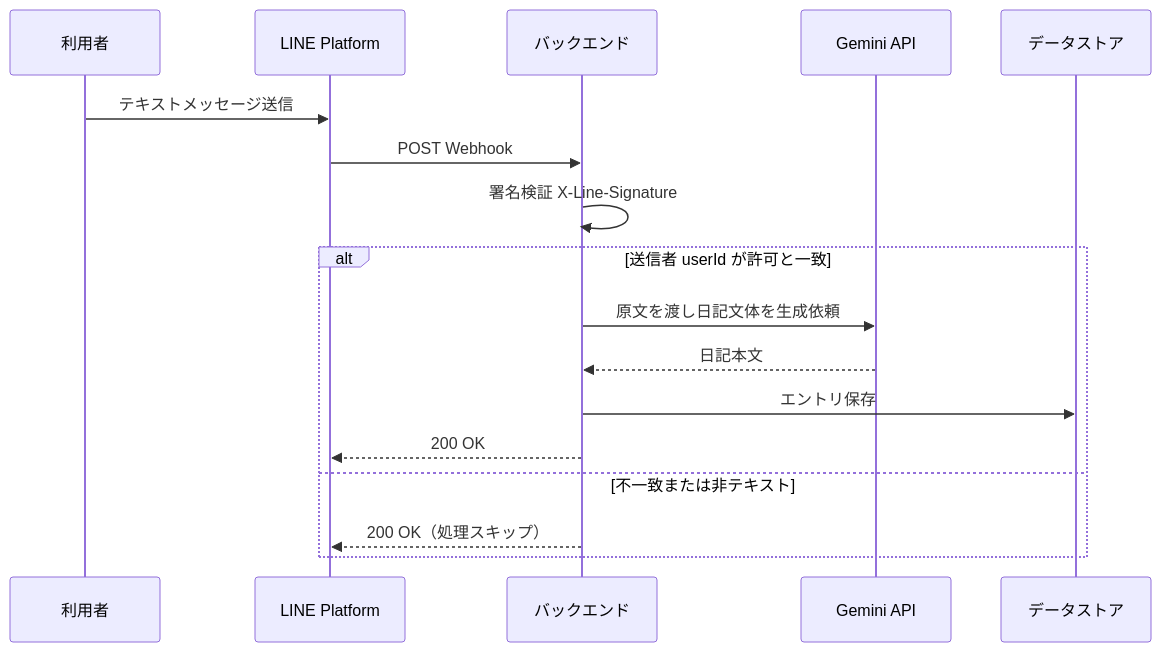
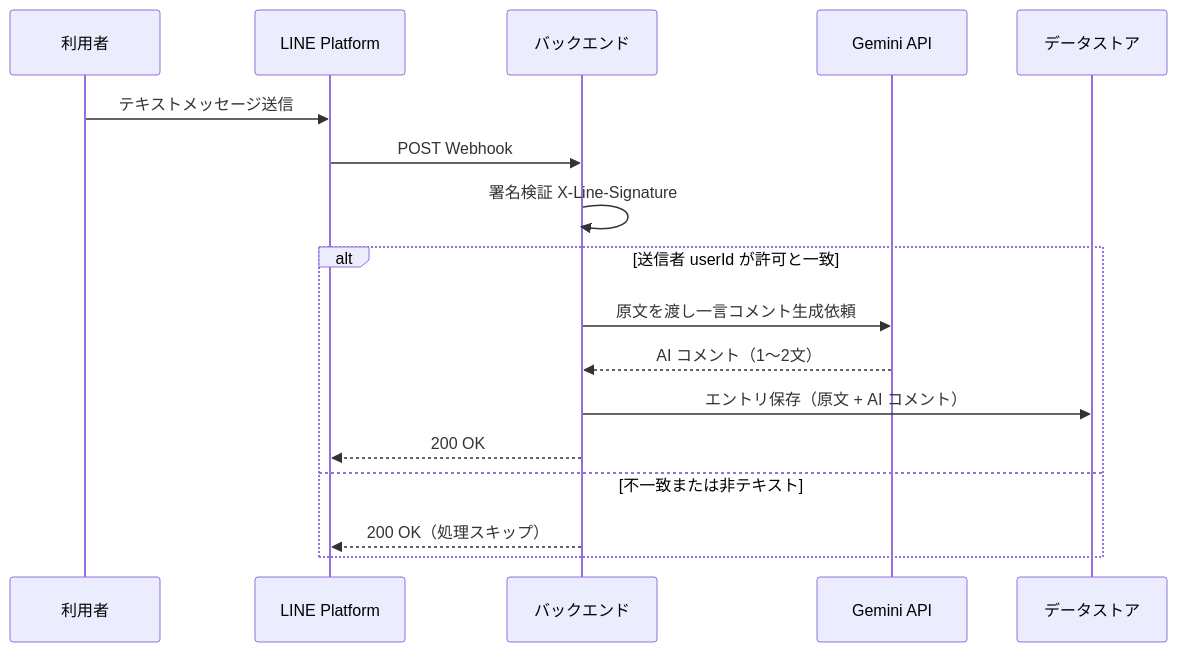
Before and after one commit to r-yoshiyama10/MonoDiary: the first of 2 diagrams in docs/basic-design.md, drawn with Mermaid. The commit also changed other lines of this file, not shown here.

First line of the commit message:
docs(basic-design): v0.5 — フロー・ER・画面説明を ai_comment モデルに整合

````diff
--- a/docs/basic-design.md
+++ b/docs/basic-design.md
@@ -127,20 +127,20 @@
 ```mermaid
-sequenceDiagram
+  sequenceDiagram
   participant U as 利用者
   participant LINE as LINE Platform
   participant API as バックエンド
   participant G as Gemini API
   participant D as データストア
 
   U->>LINE: テキストメッセージ送信
   LINE->>API: POST Webhook
   API->>API: 署名検証 X-Line-Signature
   alt 送信者 userId が許可と一致
-    API->>G: 原文を渡し日記文体を生成依頼
-    G-->>API: 日記本文
-    API->>D: エントリ保存
+    API->>G: 原文を渡し一言コメント生成依頼
+    G-->>API: AI コメント（1〜2文）
+    API->>D: エントリ保存（原文 + AI コメント）
     API-->>LINE: 200 OK
   else 不一致または非テキスト
     API-->>LINE: 200 OK（処理スキップ）
   end
 ```
````
